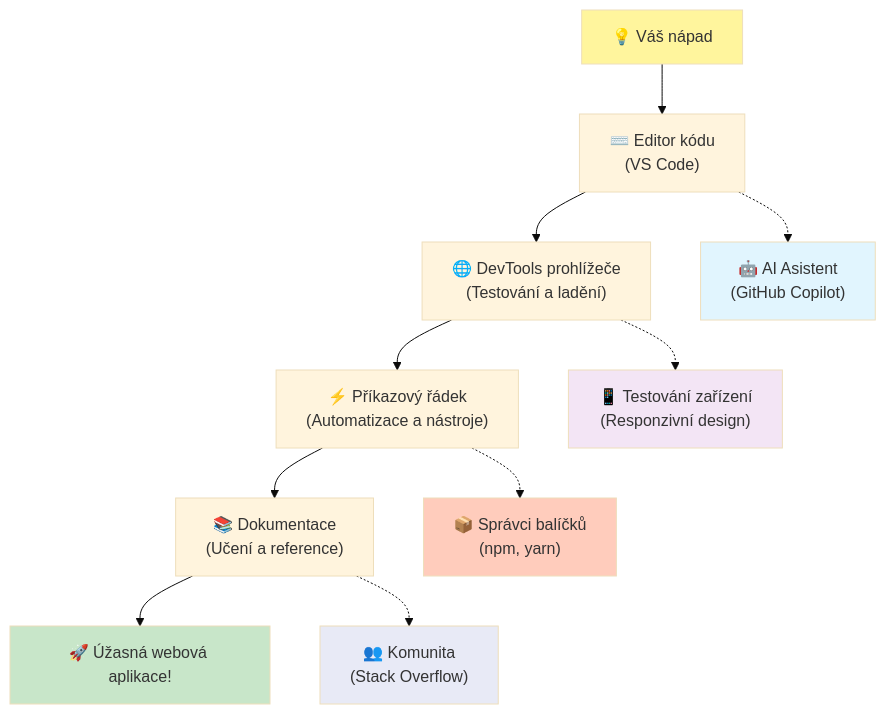
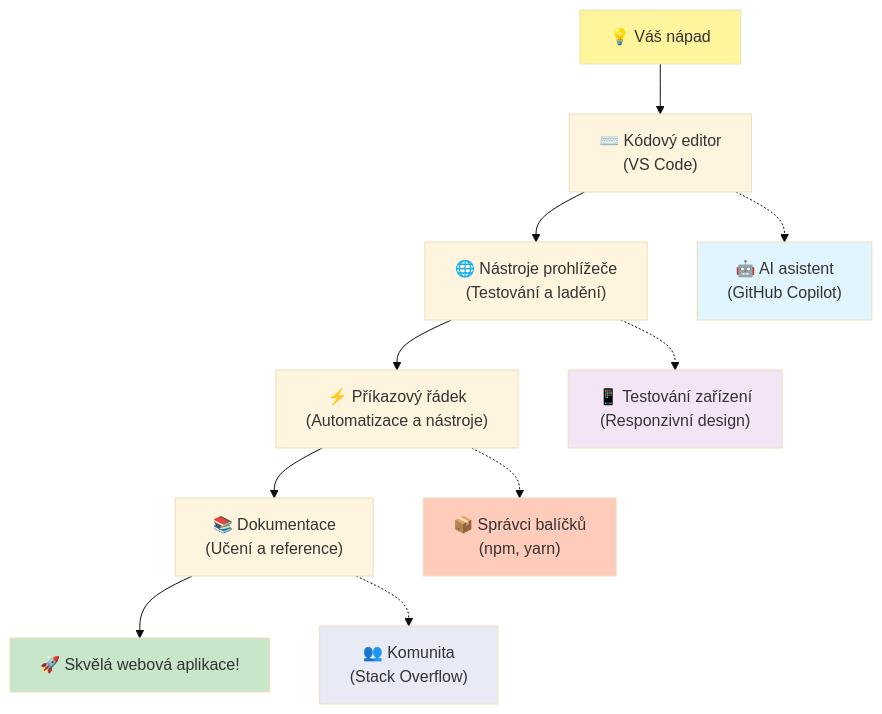
One commit to microsoft/Web-Dev-For-Beginners changed the fifth of 7 diagrams in translations/cs/1-getting-started-lessons/1-intro-to-programming-languages/README.md. Above: the diagram before and after it, drawn with Mermaid (base theme). The commit also changed other lines of this file and 11 other files, not shown here.

````diff
--- a/translations/cs/1-getting-started-lessons/1-intro-to-programming-languages/README.md
+++ b/translations/cs/1-getting-started-lessons/1-intro-to-programming-languages/README.md
@@ -487,20 +488,20 @@
 ```mermaid
 graph TD
-    A["💡 Váš nápad"] --> B["⌨️ Editor kódu<br/>(VS Code)"] 
-    B --> C["🌐 DevTools prohlížeče<br/>(Testování a ladění)"]
+    A["💡 Váš nápad"] --> B["⌨️ Kódový editor<br/>(VS Code)"] 
+    B --> C["🌐 Nástroje prohlížeče<br/>(Testování a ladění)"]
     C --> D["⚡ Příkazový řádek<br/>(Automatizace a nástroje)"]
     D --> E["📚 Dokumentace<br/>(Učení a reference)"]
-    E --> F["🚀 Úžasná webová aplikace!"]
+    E --> F["🚀 Skvělá webová aplikace!"]
     
-    B -.-> G["🤖 AI Asistent<br/>(GitHub Copilot)"]
+    B -.-> G["🤖 AI asistent<br/>(GitHub Copilot)"]
     C -.-> H["📱 Testování zařízení<br/>(Responzivní design)"]
     D -.-> I["📦 Správci balíčků<br/>(npm, yarn)"]
     E -.-> J["👥 Komunita<br/>(Stack Overflow)"]
     
     style A fill:#fff59d
     style F fill:#c8e6c9
     style G fill:#e1f5fe
     style H fill:#f3e5f5
     style I fill:#ffccbc
     style J fill:#e8eaf6
 ```
````
